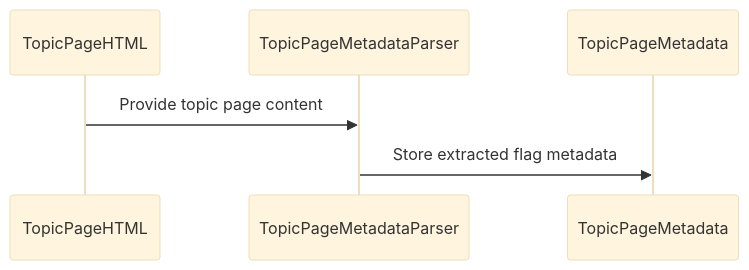
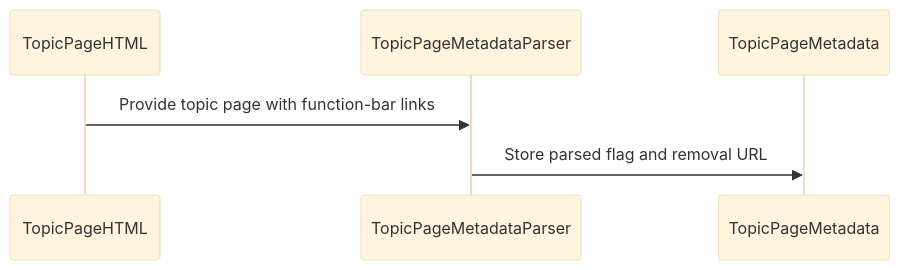
Before and after one commit to francoisgn/ios-app_SwiftHFR: the diagram in pulls/0332.md, drawn with Mermaid (base theme). The commit also changed other lines of this file and 313 other files, not shown here.

````diff
--- a/pulls/0332.md
+++ b/pulls/0332.md
@@ -101,8 +182,8 @@
 ```mermaid
 sequenceDiagram
   participant TopicPageHTML
   participant TopicPageMetadataParser
   participant TopicPageMetadata
-  TopicPageHTML->>TopicPageMetadataParser: Provide topic page content
-  TopicPageMetadataParser->>TopicPageMetadata: Store extracted flag metadata
+  TopicPageHTML->>TopicPageMetadataParser: Provide topic page with function-bar links
+  TopicPageMetadataParser->>TopicPageMetadata: Store parsed flag and removal URL
 ```
````
